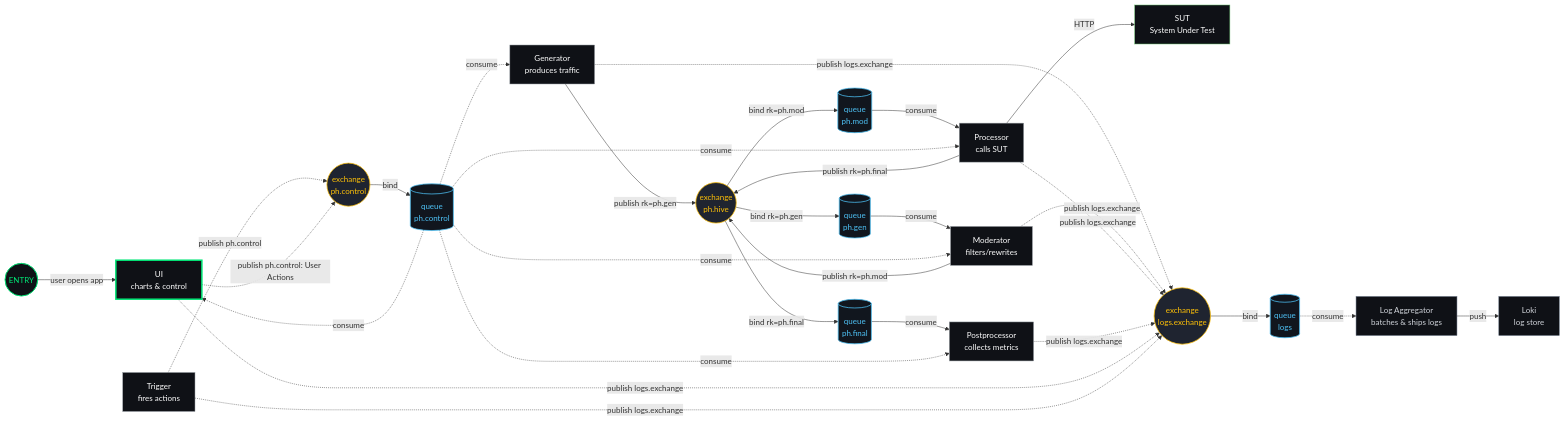
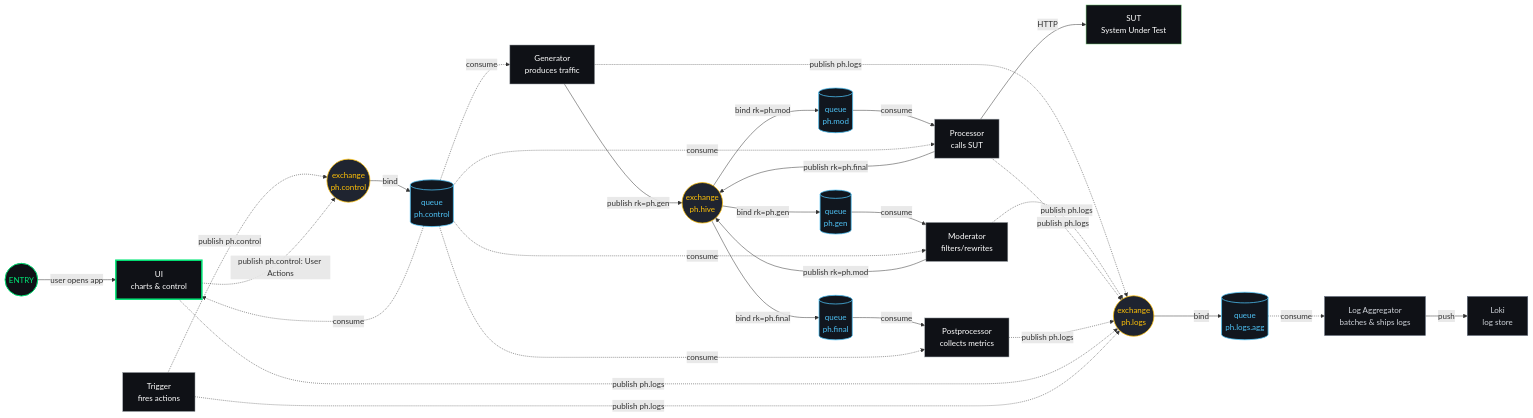
The diagram in README.md (sepa79/PocketHive), drawn with Mermaid before and after one commit. The commit also changed other lines of this file and 14 other files, not shown here.

```diff
--- a/README.md
+++ b/README.md
@@ -27,14 +27,14 @@
   %% Exchanges
   Xhive((exchange<br/>ph.hive))
   Xctrl((exchange<br/>ph.control))
-  Xlogs((exchange<br/>logs.exchange))
+  Xlogs((exchange<br/>ph.logs))
 
   %% Queues
   Qgen[(queue<br/>ph.gen)]
   Qmod[(queue<br/>ph.mod)]
   Qfinal[(queue<br/>ph.final)]
   Qctrl[(queue<br/>ph.control)]
-  Qlogs[(queue<br/>logs)]
+  Qlogs[(queue<br/>ph.logs.agg)]
 
   %% Bindings
   Xhive -->|bind rk=ph.gen| Qgen
@@ -67,12 +67,12 @@
   Qctrl -.->|consume| UI
 
   %% Logs: all components publish; LA consumes and ships to Loki
-  G  -.->|publish logs.exchange| Xlogs
-  M  -.->|publish logs.exchange| Xlogs
-  P  -.->|publish logs.exchange| Xlogs
-  PP -.->|publish logs.exchange| Xlogs
-  UI -.->|publish logs.exchange| Xlogs
-  T  -.->|publish logs.exchange| Xlogs
+  G  -.->|publish ph.logs| Xlogs
+  M  -.->|publish ph.logs| Xlogs
+  P  -.->|publish ph.logs| Xlogs
+  PP -.->|publish ph.logs| Xlogs
+  UI -.->|publish ph.logs| Xlogs
+  T  -.->|publish ph.logs| Xlogs
 
   Qlogs -.->|consume| LA
   LA -->|push| LOKI
```
